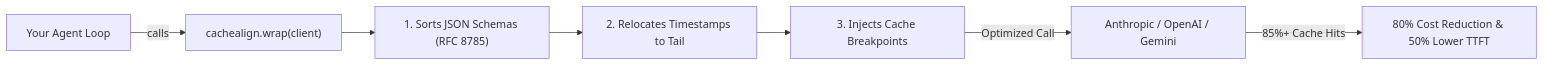
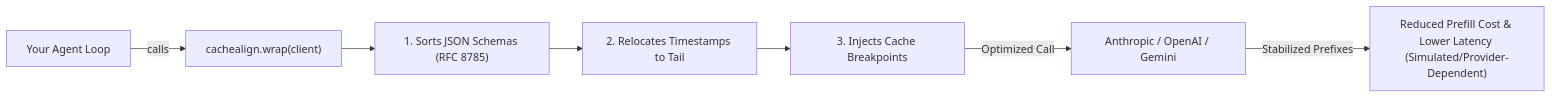
One commit to invarcore/cachealign changed the diagram in docs/index.md. Above: the diagram before and after it, drawn with Mermaid. The commit also changed other lines of this file and 35 other files, not shown here.

````diff
--- a/docs/index.md
+++ b/docs/index.md
@@ -29,9 +29,9 @@
 ```mermaid
 graph LR
     A["Your Agent Loop"] -->|calls| B["cachealign.wrap(client)"]
     B --> C["1. Sorts JSON Schemas (RFC 8785)"]
     C --> D["2. Relocates Timestamps to Tail"]
     D --> E["3. Injects Cache Breakpoints"]
     E -->|Optimized Call| F["Anthropic / OpenAI / Gemini"]
-    F -->|85%+ Cache Hits| G["80% Cost Reduction & 50% Lower TTFT"]
+    F -->|Stabilized Prefixes| G["Reduced Prefill Cost & Lower Latency (Simulated/Provider-Dependent)"]
 ```
````
